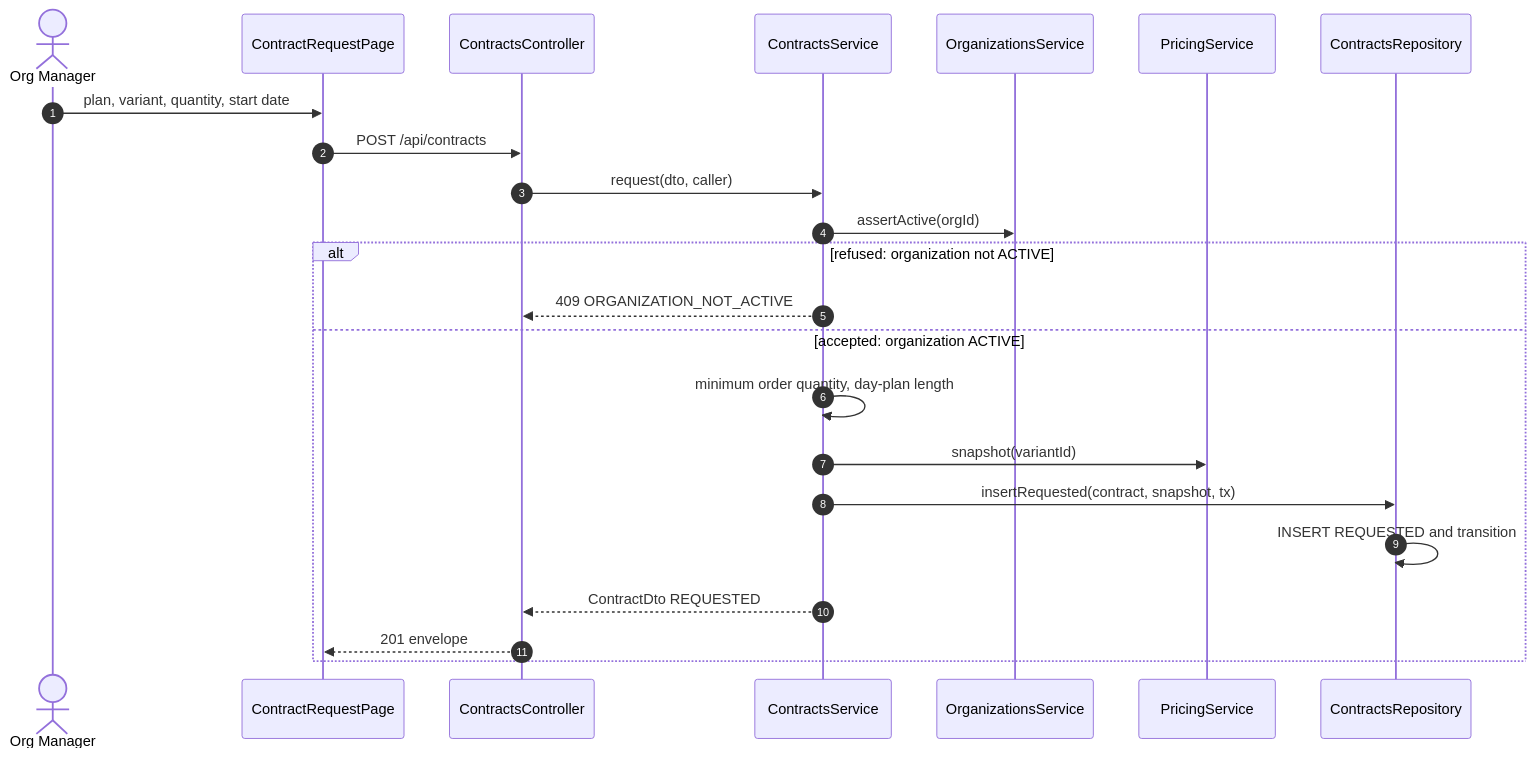
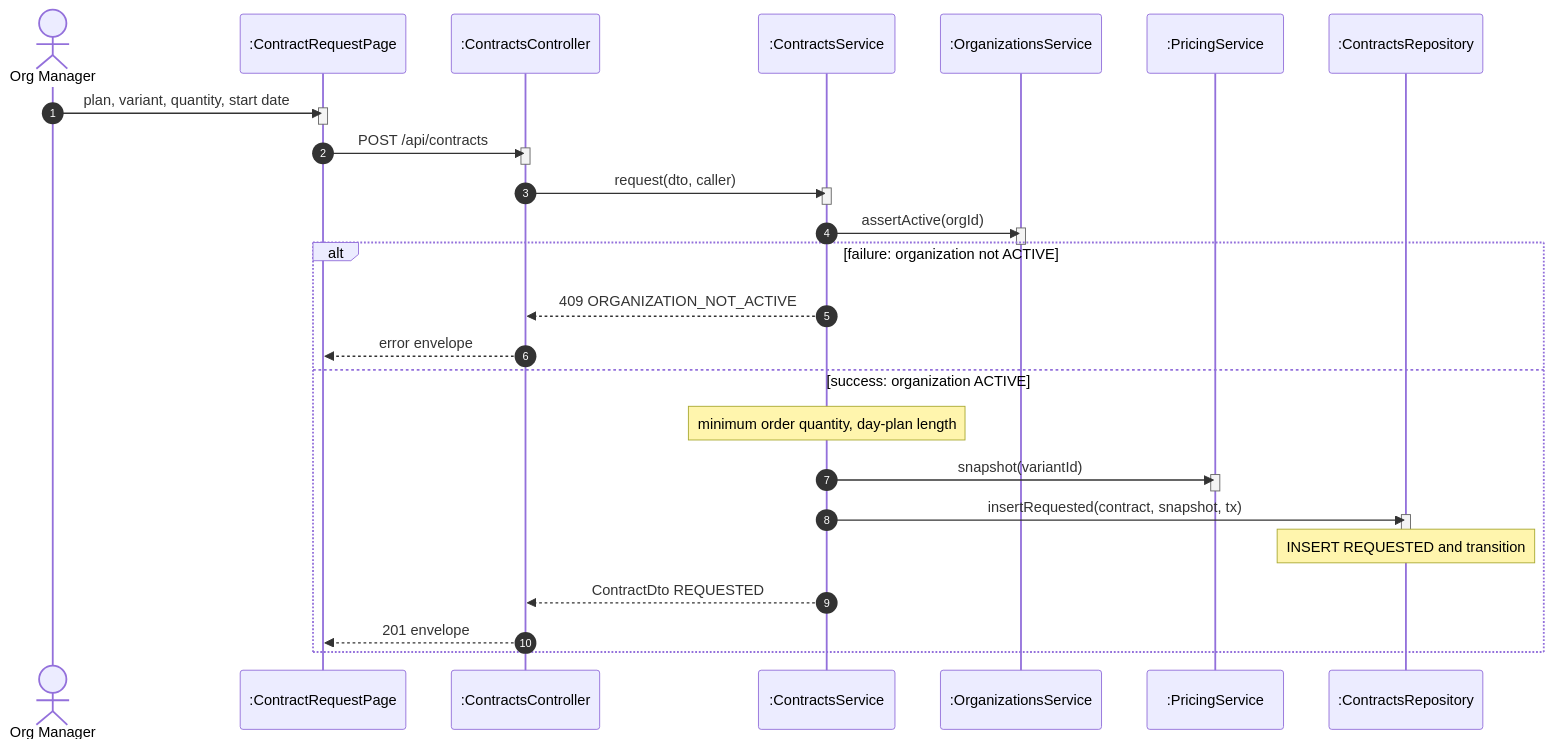
Before and after one commit to TrekLink-Team/treklink-web: diagram 17 of 29 in specs/rentals/design.md, drawn with Mermaid. The commit also changed other lines of this file and 2 other files, not shown here.

First line of the commit message:
docs: one alt per sequence, code-true guards and per-use-case class panels (review of #113)

````diff
--- a/specs/rentals/design.md
+++ b/specs/rentals/design.md
@@ -317,25 +621,38 @@
 ```mermaid
 sequenceDiagram
     autonumber
     actor M as Org Manager
-    participant P as ContractRequestPage
-    participant C as ContractsController
-    participant S as ContractsService
-    participant O as OrganizationsService
-    participant Pr as PricingService
-    participant R as ContractsRepository
+    participant P as :ContractRequestPage
+    participant C as :ContractsController
+    participant S as :ContractsService
+    participant O as :OrganizationsService
+    participant Pr as :PricingService
+    participant R as :ContractsRepository
     M->>P: plan, variant, quantity, start date
+    activate P
+    deactivate P
     P->>C: POST /api/contracts
+    activate C
+    deactivate C
     C->>S: request(dto, caller)
+    activate S
+    deactivate S
     S->>O: assertActive(orgId)
-    alt refused: organization not ACTIVE
+    activate O
+    deactivate O
+    alt failure: organization not ACTIVE
         S-->>C: 409 ORGANIZATION_NOT_ACTIVE
-    else accepted: organization ACTIVE
-        S->>S: minimum order quantity, day-plan length
+        C-->>P: error envelope
+    else success: organization ACTIVE
+        Note over S: minimum order quantity, day-plan length
         S->>Pr: snapshot(variantId)
+        activate Pr
+        deactivate Pr
         S->>R: insertRequested(contract, snapshot, tx)
-        R->>R: INSERT REQUESTED and transition
+        activate R
+        deactivate R
+        Note over R: INSERT REQUESTED and transition
         S-->>C: ContractDto REQUESTED
         C-->>P: 201 envelope
     end
 ```
````
